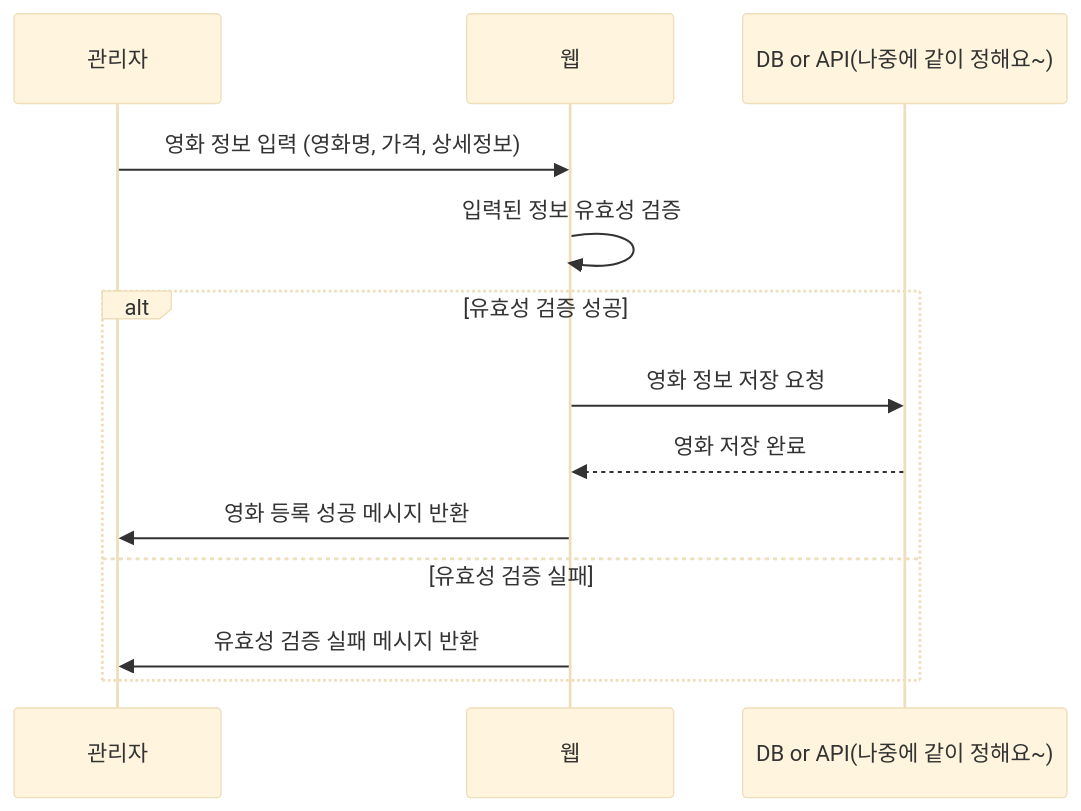
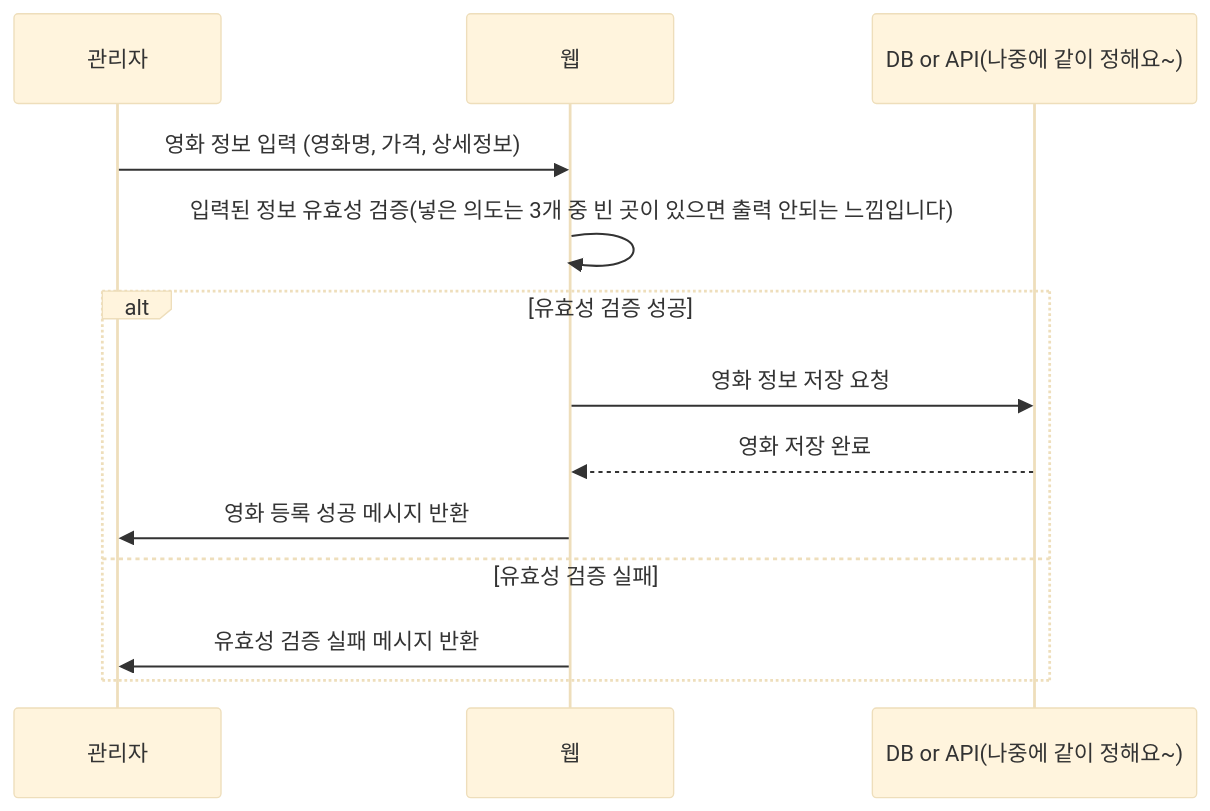
The second of 6 diagrams in README.md (sumin2eee/NBE2_2_Team6), drawn with Mermaid (base theme) before and after one commit. The commit also changed other lines of this file, not shown here.

````diff
--- a/README.md
+++ b/README.md
@@ -27,16 +27,16 @@
 ```mermaid
 sequenceDiagram
     participant Admin as 관리자
     participant WebApp as 웹
     participant DB as DB or API(나중에 같이 정해요~)
 
     Admin ->> WebApp: 영화 정보 입력 (영화명, 가격, 상세정보)
-    WebApp ->> WebApp: 입력된 정보 유효성 검증
+    WebApp ->> WebApp: 입력된 정보 유효성 검증(넣은 의도는 3개 중 빈 곳이 있으면 출력 안되는 느낌입니다)
     alt 유효성 검증 성공
         WebApp ->> DB: 영화 정보 저장 요청
         DB -->> WebApp: 영화 저장 완료
         WebApp ->> Admin: 영화 등록 성공 메시지 반환
     else 유효성 검증 실패
         WebApp ->> Admin: 유효성 검증 실패 메시지 반환
     end
 ```
````
